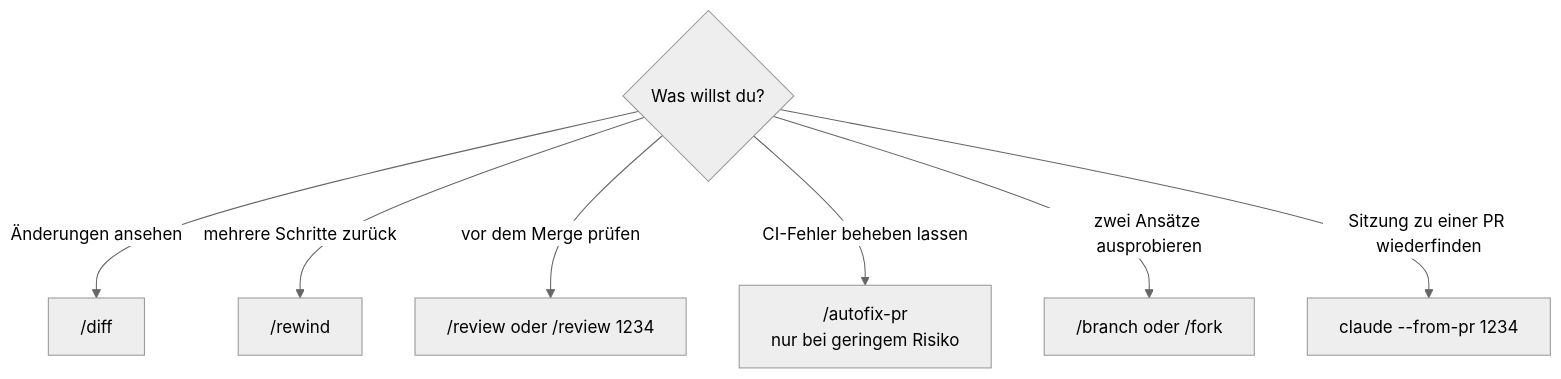
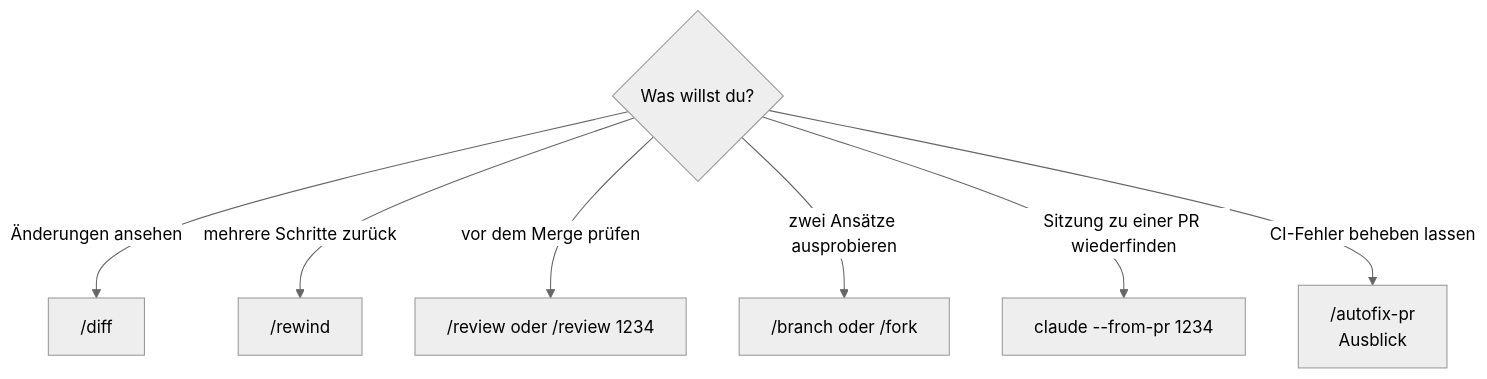
Before and after one commit to dynamic-dome/dynamic-workshop: the diagram in resources/library/s1-17-git-befehle.md, drawn with Mermaid (neutral theme). The commit also changed other lines of this file, not shown here.

````diff
--- a/resources/library/s1-17-git-befehle.md
+++ b/resources/library/s1-17-git-befehle.md
@@ -46,10 +42,10 @@
 ```mermaid
 flowchart TD
   Q{"Was willst du?"}
   Q -- "Änderungen ansehen" --> D["/diff"]
   Q -- "mehrere Schritte zurück" --> R["/rewind"]
   Q -- "vor dem Merge prüfen" --> V["/review oder /review 1234"]
-  Q -- "CI-Fehler beheben lassen" --> A["/autofix-pr<br/>nur bei geringem Risiko"]
   Q -- "zwei Ansätze ausprobieren" --> B["/branch oder /fork"]
   Q -- "Sitzung zu einer PR wiederfinden" --> P["claude --from-pr 1234"]
+  Q -- "CI-Fehler beheben lassen" --> A["/autofix-pr<br/>Ausblick"]
 ```
````
